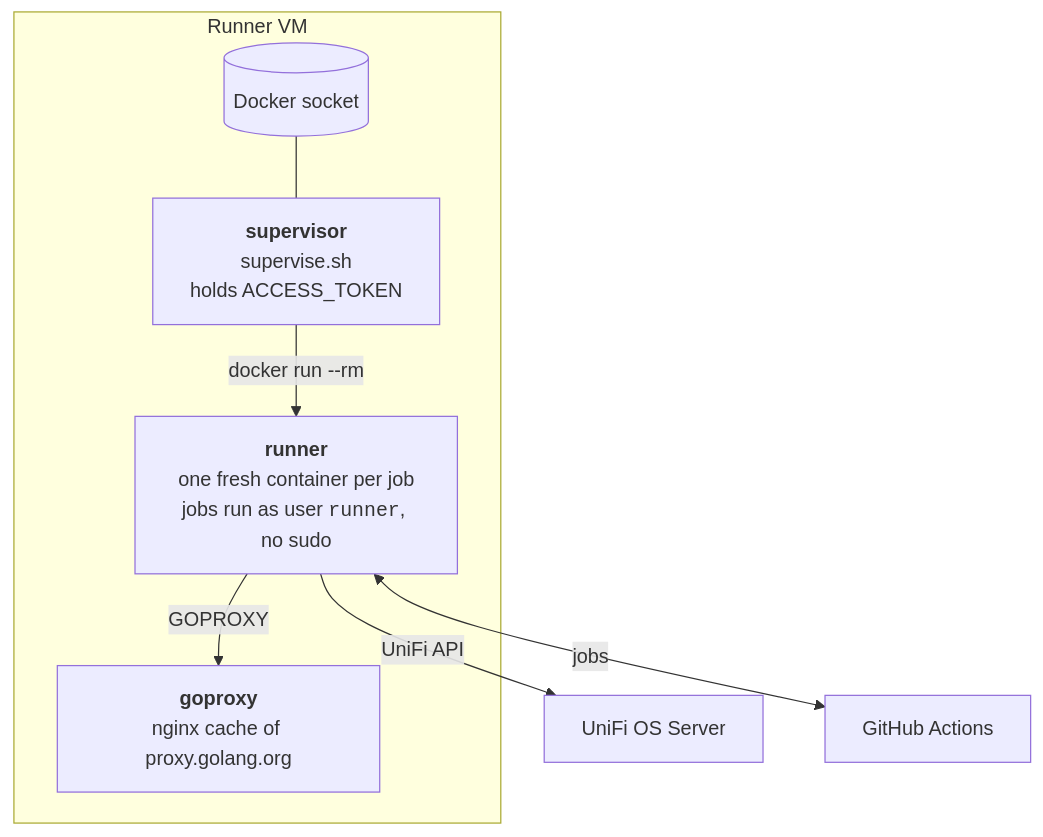
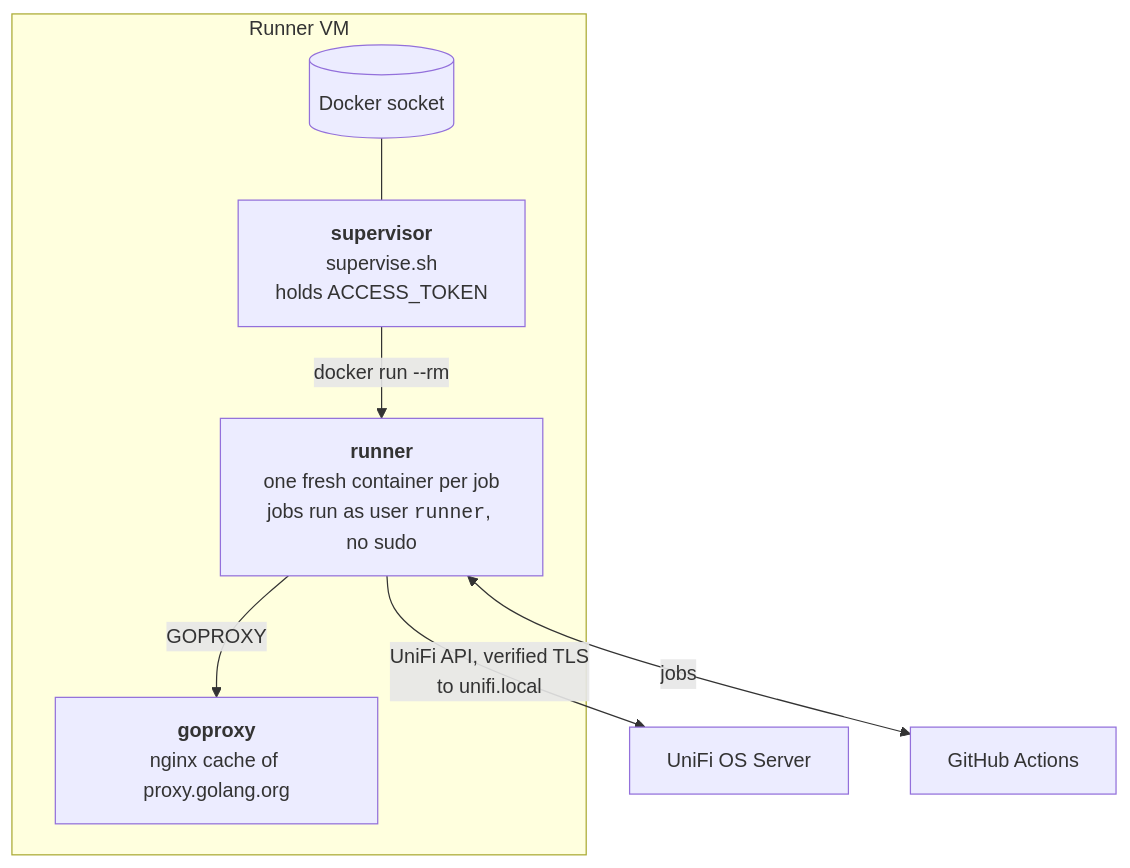
Before and after one commit to alexklibisz/terraform-provider-terrifi: the second of 2 diagrams in hardware-testing/SECURITY.md, drawn with Mermaid. The commit also changed other lines of this file, not shown here.

Commit message:
Document verified TLS to the HIL controller

````diff
--- a/hardware-testing/SECURITY.md
+++ b/hardware-testing/SECURITY.md
@@ -106,14 +106,14 @@
 ```mermaid
 flowchart TB
     subgraph vm["Runner VM"]
         sock[("Docker socket")]
         supervisor["<b>supervisor</b><br/>supervise.sh<br/>holds ACCESS_TOKEN"]
         runner["<b>runner</b><br/>one fresh container per job<br/>jobs run as user <code>runner</code>, no sudo"]
         goproxy["<b>goproxy</b><br/>nginx cache of proxy.golang.org"]
         sock --- supervisor
         supervisor -->|docker run --rm| runner
         runner -->|GOPROXY| goproxy
     end
-    runner -->|UniFi API| controller["UniFi OS Server"]
+    runner -->|"UniFi API, verified TLS<br/>to unifi.local"| controller["UniFi OS Server"]
     runner <-->|jobs| github["GitHub Actions"]
 ```
````
